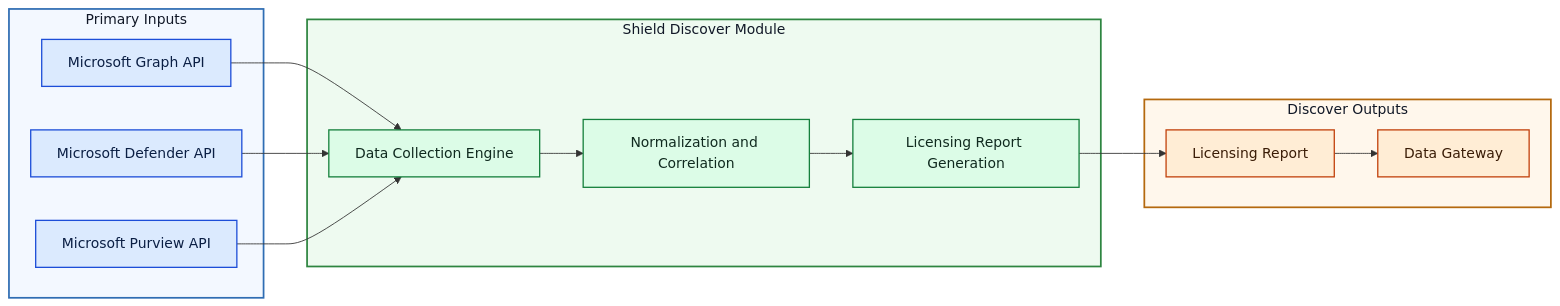
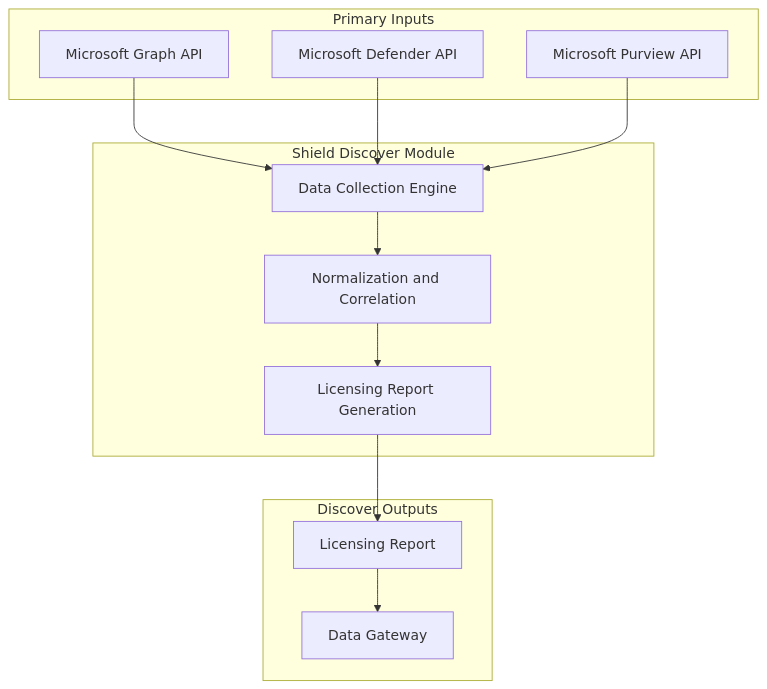
The first of 3 diagrams in docs/SHIELD/index.md (Software-Hardware-Integration-Lab/Documentation), drawn with Mermaid before and after one commit. The commit also changed other lines of this file and 1 other file, not shown here.

Commit message:
Redesigned the overview mermaid diagrams for clarity

````diff
--- a/docs/SHIELD/index.md
+++ b/docs/SHIELD/index.md
@@ -55,39 +55,28 @@
 ```mermaid
-flowchart LR
+flowchart TD
 	subgraph m365["Primary Inputs"]
 		graphApi[Microsoft Graph API]
 		defenderApi[Microsoft Defender API]
 		purviewApi[Microsoft Purview API]
 	end
 
 	subgraph discover["Shield Discover Module"]
 		collect[Data Collection Engine]
 		normalize[Normalization and Correlation]
 		analyze[Licensing Report Generation]
 	end
 
 	subgraph outputs["Discover Outputs"]
 		licenseReport[Licensing Report]
 		gateway[Data Gateway]
 	end
 
-	style m365 fill:#f3f8ff,stroke:#2f6db3,stroke-width:2px,color:#111827
-	style discover fill:#eefaf0,stroke:#2e8540,stroke-width:2px,color:#111827
-	style outputs fill:#fff7ec,stroke:#b4690e,stroke-width:2px,color:#111827
-
-	classDef source fill:#dbeafe,stroke:#1d4ed8,color:#0b1f44,stroke-width:1.5px
-	classDef process fill:#dcfce7,stroke:#15803d,color:#102a1f,stroke-width:1.5px
-	classDef result fill:#ffedd5,stroke:#c2410c,color:#3a1c06,stroke-width:1.5px
-
-	class graphApi,defenderApi,purviewApi source
-	class collect,normalize,analyze process
-	class licenseReport,gateway result
 
 	graphApi --> collect
 	defenderApi --> collect
 	purviewApi --> collect
 	collect --> normalize
 	normalize --> analyze
 	analyze --> licenseReport
 	licenseReport --> gateway
 ```
````
